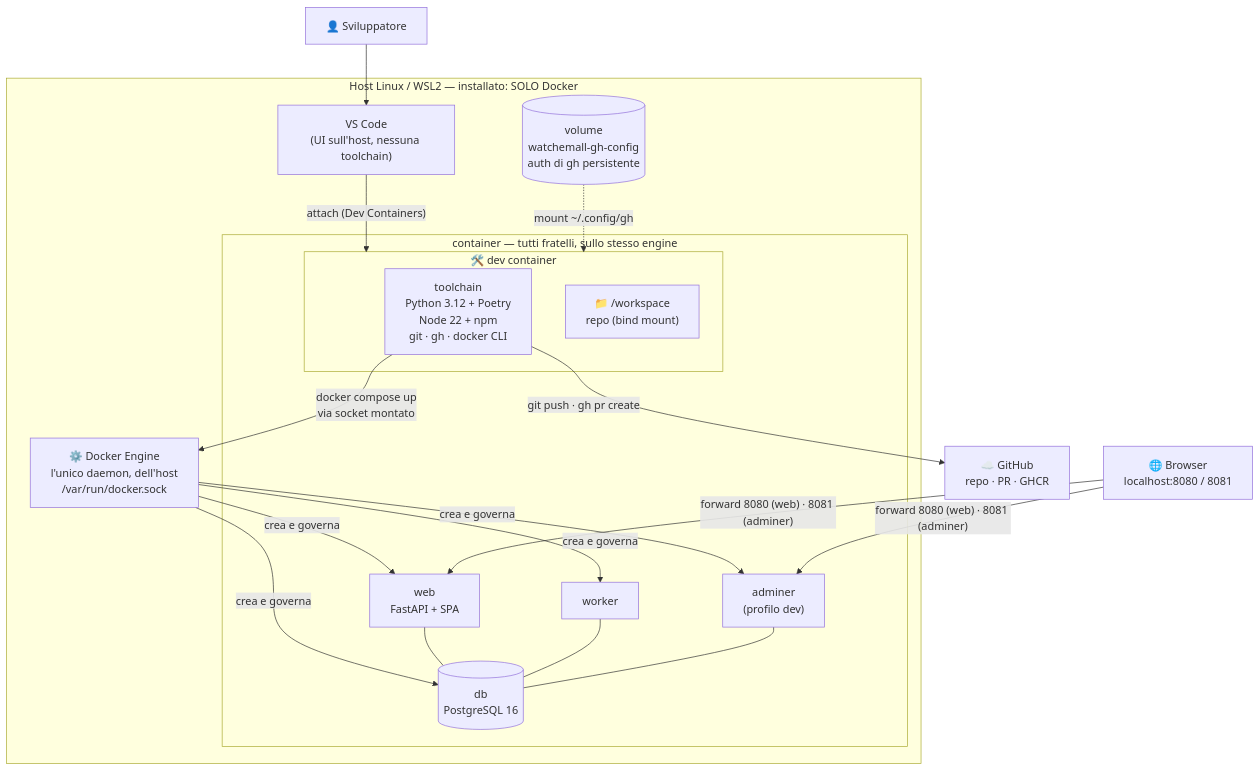
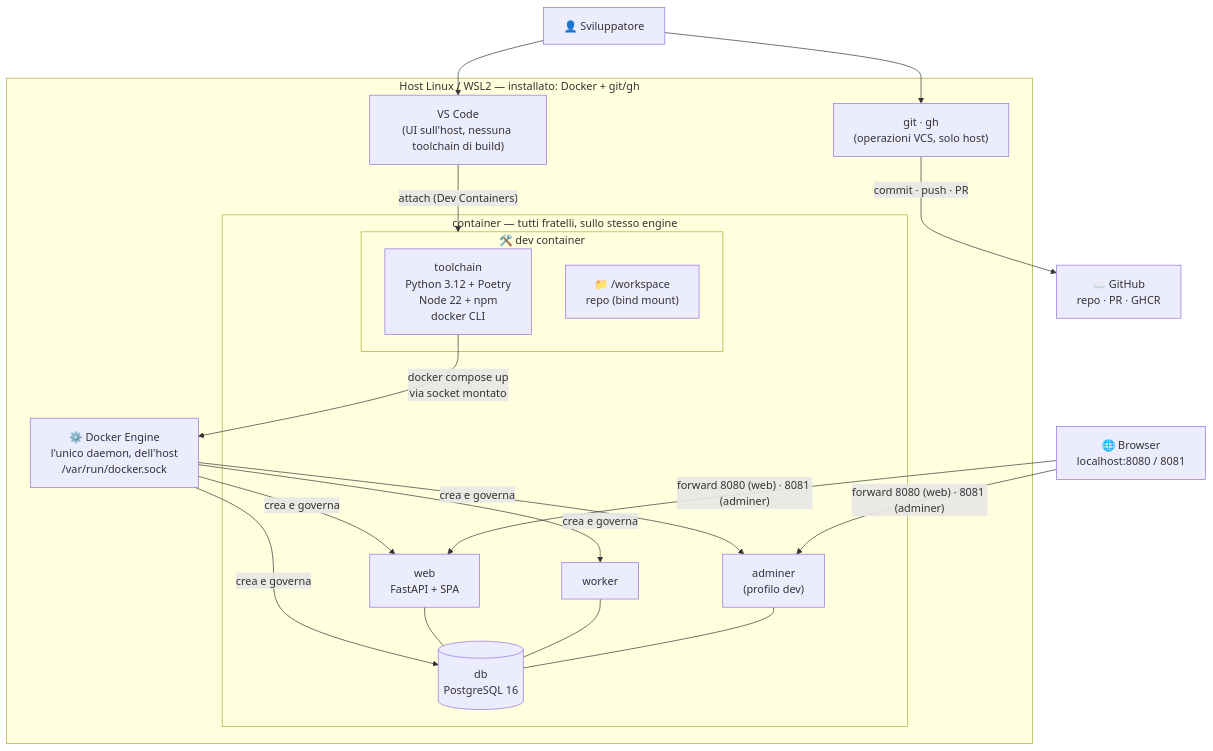
The second of 2 diagrams in docs/infrastructure/dev-container.md (caporalesimone/watch-em-all), drawn with Mermaid before and after one commit. The commit also changed other lines of this file and 4 other files, not shown here.

First line of the commit message:
fix: remove gh from the dev container — VCS operations stay on the host

````diff
--- a/docs/infrastructure/dev-container.md
+++ b/docs/infrastructure/dev-container.md
@@ -68,37 +67,36 @@
 ```mermaid
 flowchart TB
     DEV["👤 Sviluppatore"]
     BROWSER["🌐 Browser<br/>localhost:8080 / 8081"]
 
-    subgraph HOST["Host Linux / WSL2 — installato: SOLO Docker"]
-        EDITOR["VS Code<br/>(UI sull'host, nessuna toolchain)"]
+    subgraph HOST["Host Linux / WSL2 — installato: Docker + git/gh"]
+        EDITOR["VS Code<br/>(UI sull'host, nessuna toolchain di build)"]
+        GIT["git · gh<br/>(operazioni VCS, solo host)"]
 
         ENGINE["⚙️ Docker Engine<br/>l'unico daemon, dell'host<br/>/var/run/docker.sock"]
 
         subgraph CONTAINERS["container — tutti fratelli, sullo stesso engine"]
             subgraph DC["🛠️ dev container"]
-                TOOLS["toolchain<br/>Python 3.12 + Poetry<br/>Node 22 + npm<br/>git · gh · docker CLI"]
+                TOOLS["toolchain<br/>Python 3.12 + Poetry<br/>Node 22 + npm<br/>docker CLI"]
                 SRC["📁 /workspace<br/>repo (bind mount)"]
             end
             DB[("db<br/>PostgreSQL 16")]
             WEB["web<br/>FastAPI + SPA"]
             WK["worker"]
             ADM["adminer<br/>(profilo dev)"]
         end
-
-        GHVOL[("volume<br/>watchemall-gh-config<br/>auth di gh persistente")]
     end
 
     GITHUB["☁️ GitHub<br/>repo · PR · GHCR"]
 
     DEV --> EDITOR
+    DEV --> GIT
     EDITOR -- "attach (Dev Containers)" --> DC
     TOOLS -- "docker compose up<br/>via socket montato" --> ENGINE
     ENGINE -- "crea e governa" --> DB & WEB & WK & ADM
     WEB --- DB
     WK --- DB
     ADM --- DB
-    GHVOL -. "mount ~/.config/gh" .-> DC
-    TOOLS -- "git push · gh pr create" --> GITHUB
+    GIT -- "commit · push · PR" --> GITHUB
     BROWSER -- "forward 8080 (web) · 8081 (adminer)" --> WEB & ADM
 ```
````
